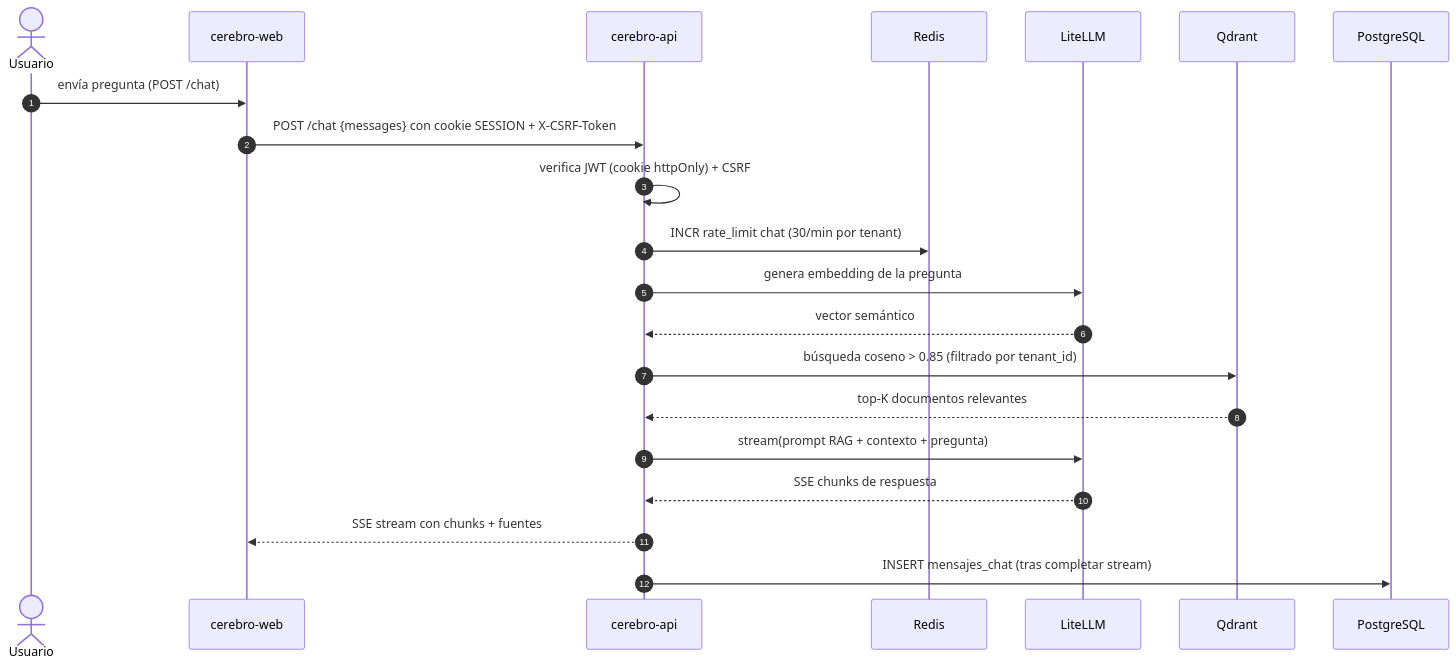
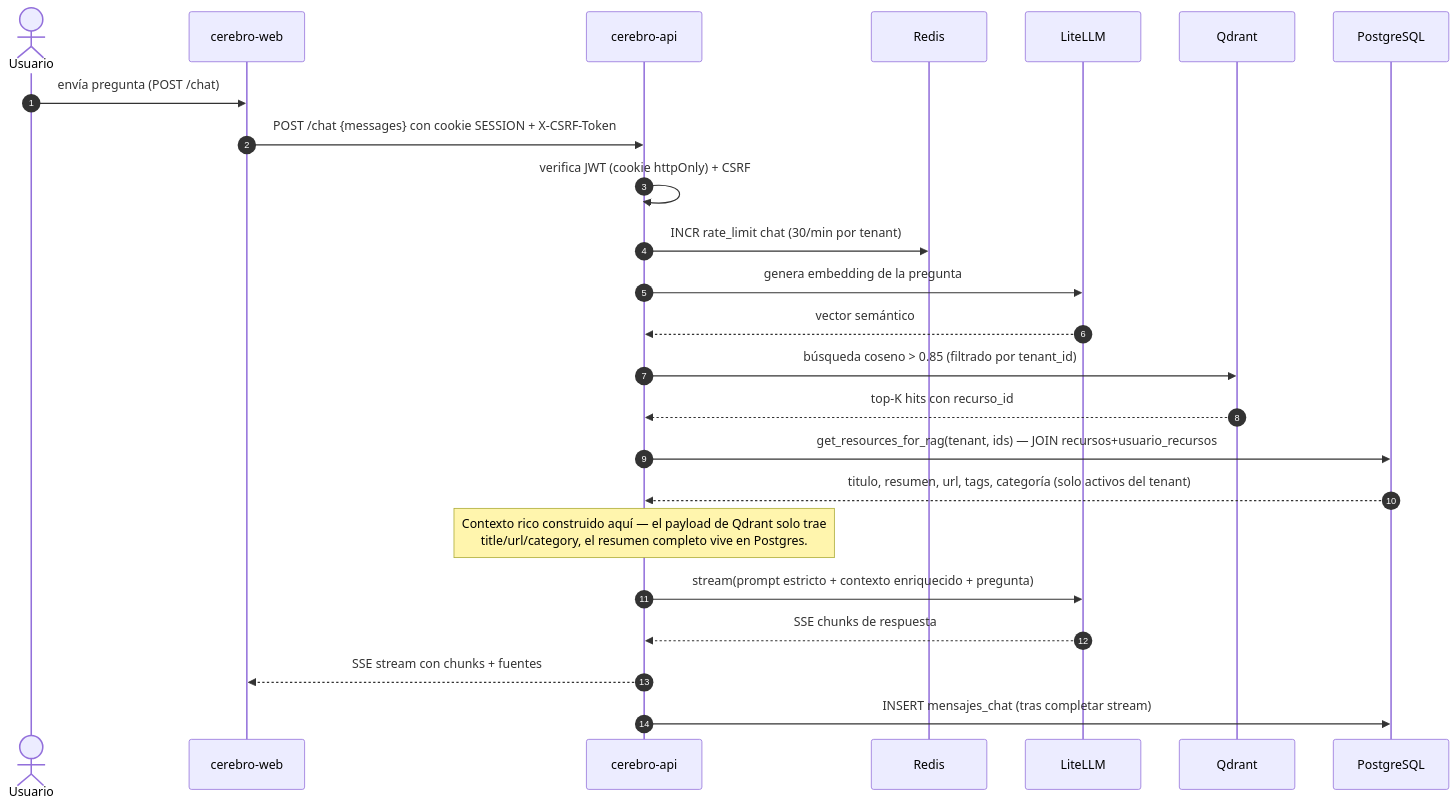
Before and after one commit to sylfG/linkanvil: the third of 5 diagrams in docs/src/6_arquitectura.md, drawn with Mermaid. The commit also changed other lines of this file and 5 other files, not shown here.

````diff
--- a/docs/src/6_arquitectura.md
+++ b/docs/src/6_arquitectura.md
@@ -190,24 +202,27 @@
 ```mermaid
 sequenceDiagram
     autonumber
     actor U as Usuario
     participant WB as cerebro-web
     participant AP as cerebro-api
     participant RD as Redis
     participant LLM as LiteLLM
     participant QD as Qdrant
     participant PG as PostgreSQL
 
     U->>WB: envía pregunta (POST /chat)
     WB->>AP: POST /chat {messages} con cookie SESSION + X-CSRF-Token
     AP->>AP: verifica JWT (cookie httpOnly) + CSRF
     AP->>RD: INCR rate_limit chat (30/min por tenant)
     AP->>LLM: genera embedding de la pregunta
     LLM-->>AP: vector semántico
     AP->>QD: búsqueda coseno > 0.85 (filtrado por tenant_id)
-    QD-->>AP: top-K documentos relevantes
-    AP->>LLM: stream(prompt RAG + contexto + pregunta)
+    QD-->>AP: top-K hits con recurso_id
+    AP->>PG: get_resources_for_rag(tenant, ids) — JOIN recursos+usuario_recursos
+    PG-->>AP: titulo, resumen, url, tags, categoría (solo activos del tenant)
+    Note over AP: Contexto rico construido aquí — el payload de Qdrant solo trae<br/>title/url/category, el resumen completo vive en Postgres.
+    AP->>LLM: stream(prompt estricto + contexto enriquecido + pregunta)
     LLM-->>AP: SSE chunks de respuesta
     AP-->>WB: SSE stream con chunks + fuentes
     AP->>PG: INSERT mensajes_chat (tras completar stream)
 ```
````
